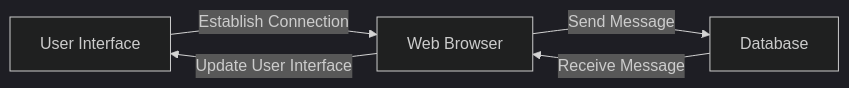
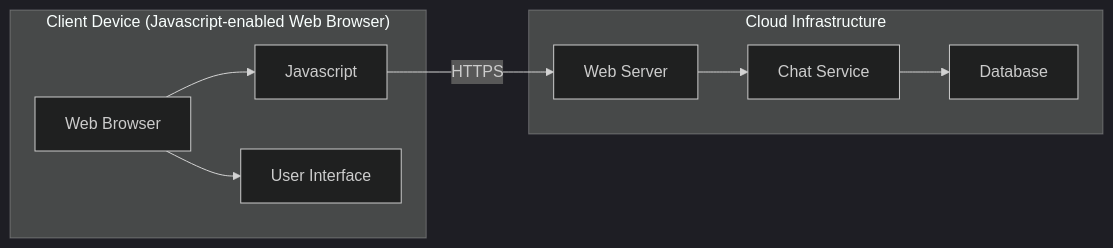
Before and after one commit to xXCrash2BomberXx/TinyChat: the third of 5 diagrams in 4+1.md, drawn with Mermaid (dark theme).

````diff
--- a/4+1.md
+++ b/4+1.md
@@ -78,7 +78,12 @@
 ```mermaid
 graph LR
-  A[User Interface] --> |Establish Connection| B[Web Browser];
-  B --> |Update User Interface| A
-  B --> |Send Message| C[Database];
-  C --> |Receive Message| B;
+  subgraph Client_Device["Client Device (Javascript-enabled Web Browser)"]
+    Browser[Web Browser] --> JS[Javascript];
+    Browser --> UI[User Interface];
+  end
+  subgraph Cloud_Infrastructure["Cloud Infrastructure"]
+    JS -->|HTTPS| WebServer;
+    WebServer[Web Server] --> ChatService[Chat Service]
+    ChatService --> DB[Database]
+  end
 ```
````
